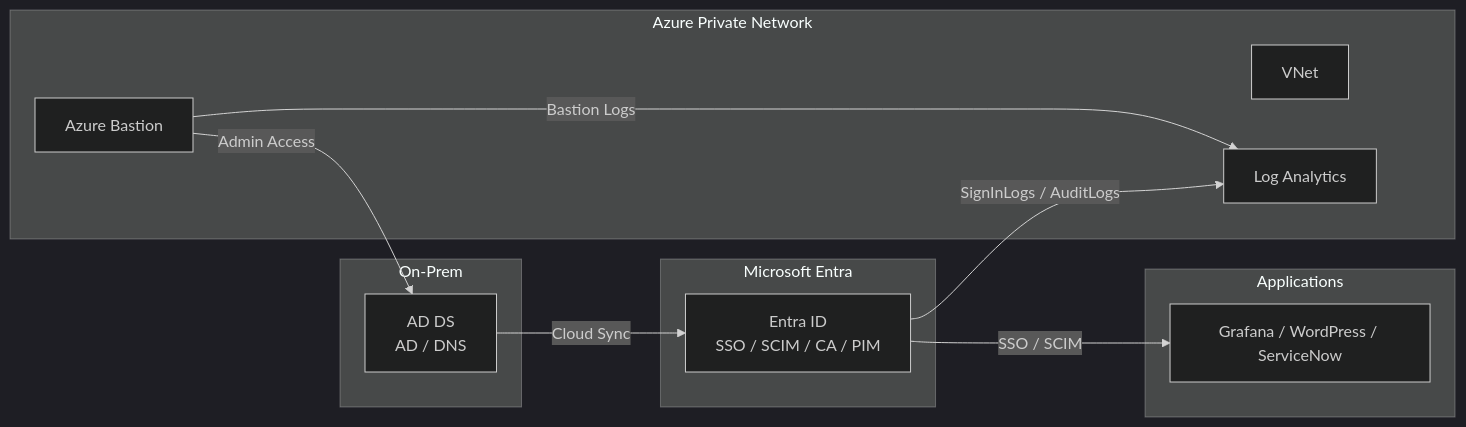
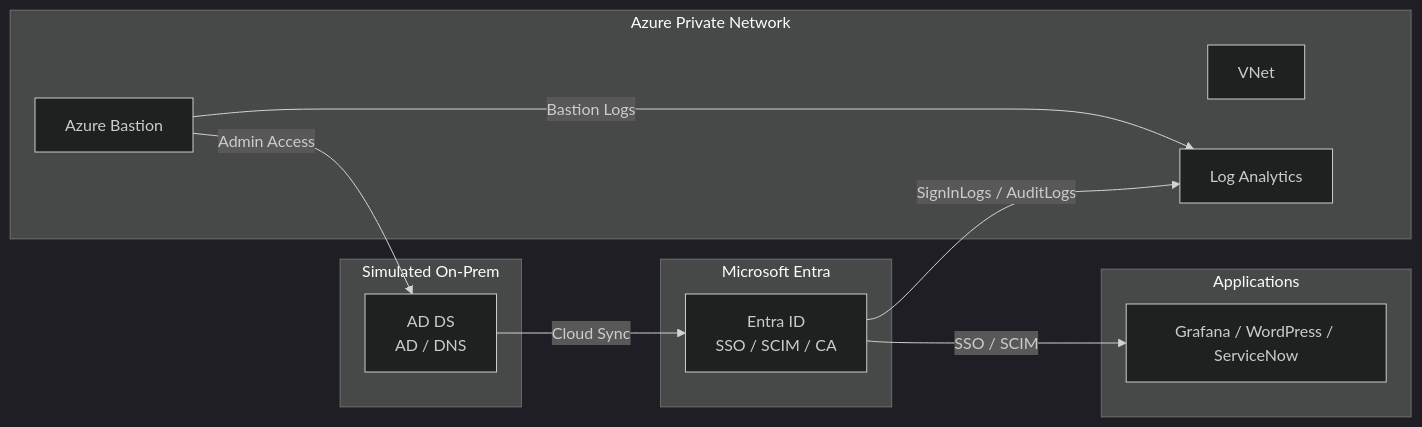
The diagram in README.md (toku360/entra-id-lab), drawn with Mermaid (dark theme) before and after one commit. The commit also changed other lines of this file, not shown here.

Commit message:
Update README.md with architecture

````diff
--- a/README.md
+++ b/README.md
@@ -110,28 +126,28 @@
 ```mermaid
 flowchart LR
 
-subgraph ONPREM["On-Prem"]
+subgraph ONPREM["Simulated On-Prem"]
 AD["AD DS<br>AD / DNS"]
 end
 
 subgraph AZURE["Azure Private Network"]
 VNET["VNet"]
 BASTION["Azure Bastion"]
 LAW["Log Analytics"]
 end
 
 subgraph ENTRA["Microsoft Entra"]
-ID["Entra ID<br>SSO / SCIM / CA / PIM"]
+ID["Entra ID<br>SSO / SCIM / CA"]
 end
 
 subgraph APPS["Applications"]
 APP["Grafana / WordPress / ServiceNow"]
 end
 
 AD -->|Cloud Sync| ID
 BASTION -->|Admin Access| AD
 ID -->|SSO / SCIM| APP
 
 ID -->|SignInLogs / AuditLogs| LAW
 BASTION -->|Bastion Logs| LAW
 ```
````
